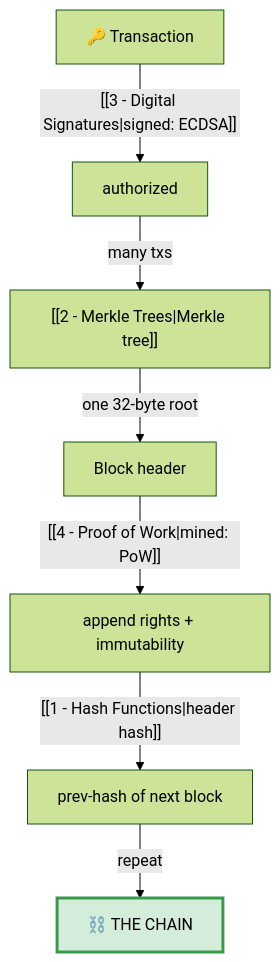
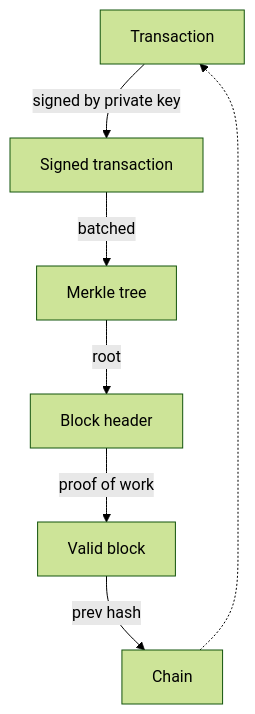
One commit to openarbx/blockchain_math_vault changed the diagram in Concepts/5 - Putting It Together.md. Above: the diagram before and after it, drawn with Mermaid (forest theme). The commit also changed other lines of this file, not shown here.

````diff
--- a/Concepts/5 - Putting It Together.md
+++ b/Concepts/5 - Putting It Together.md
@@ -12,10 +269,9 @@
 ```mermaid
 flowchart TD
-    TX["🔑 Transaction"] -->|"[[3 - Digital Signatures|signed: ECDSA]]"| SIG["authorized"]
-    SIG -->|"many txs"| MT["[[2 - Merkle Trees|Merkle tree]]"]
-    MT -->|"one 32-byte root"| HDR["Block header"]
-    HDR -->|"[[4 - Proof of Work|mined: PoW]]"| MINED["append rights + immutability"]
-    MINED -->|"[[1 - Hash Functions|header hash]]"| LINK["prev-hash of next block"]
-    LINK -->|"repeat"| CHAIN["⛓️ THE CHAIN"]
-    style CHAIN fill:#d4edda,stroke:#3b9a4a,stroke-width:3px
+    TX["Transaction"] -->|"signed by private key"| SIG["Signed transaction"]
+    SIG -->|"batched"| MT["Merkle tree"]
+    MT -->|"root"| HDR["Block header"]
+    HDR -->|"proof of work"| BLK["Valid block"]
+    BLK -->|"prev hash"| CHAIN["Chain"]
+    CHAIN -.-> TX
 ```
````
